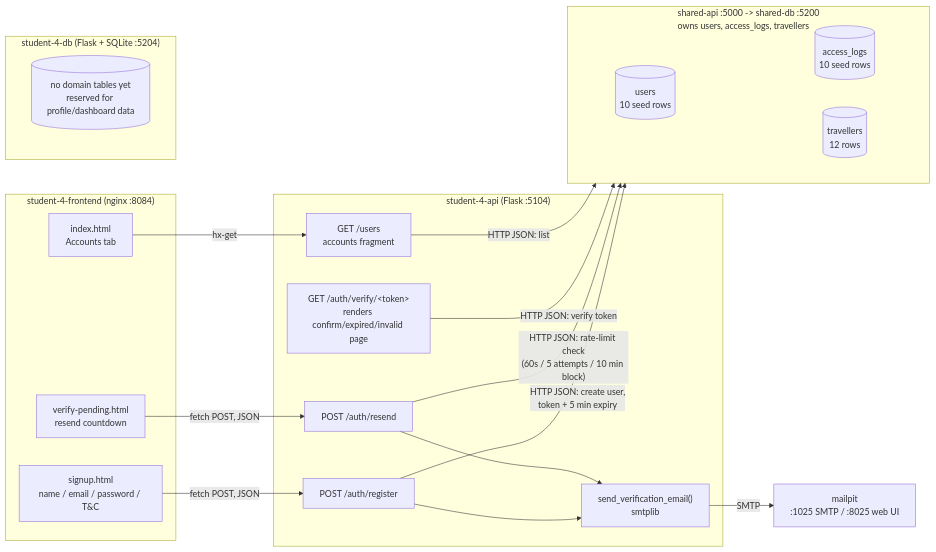
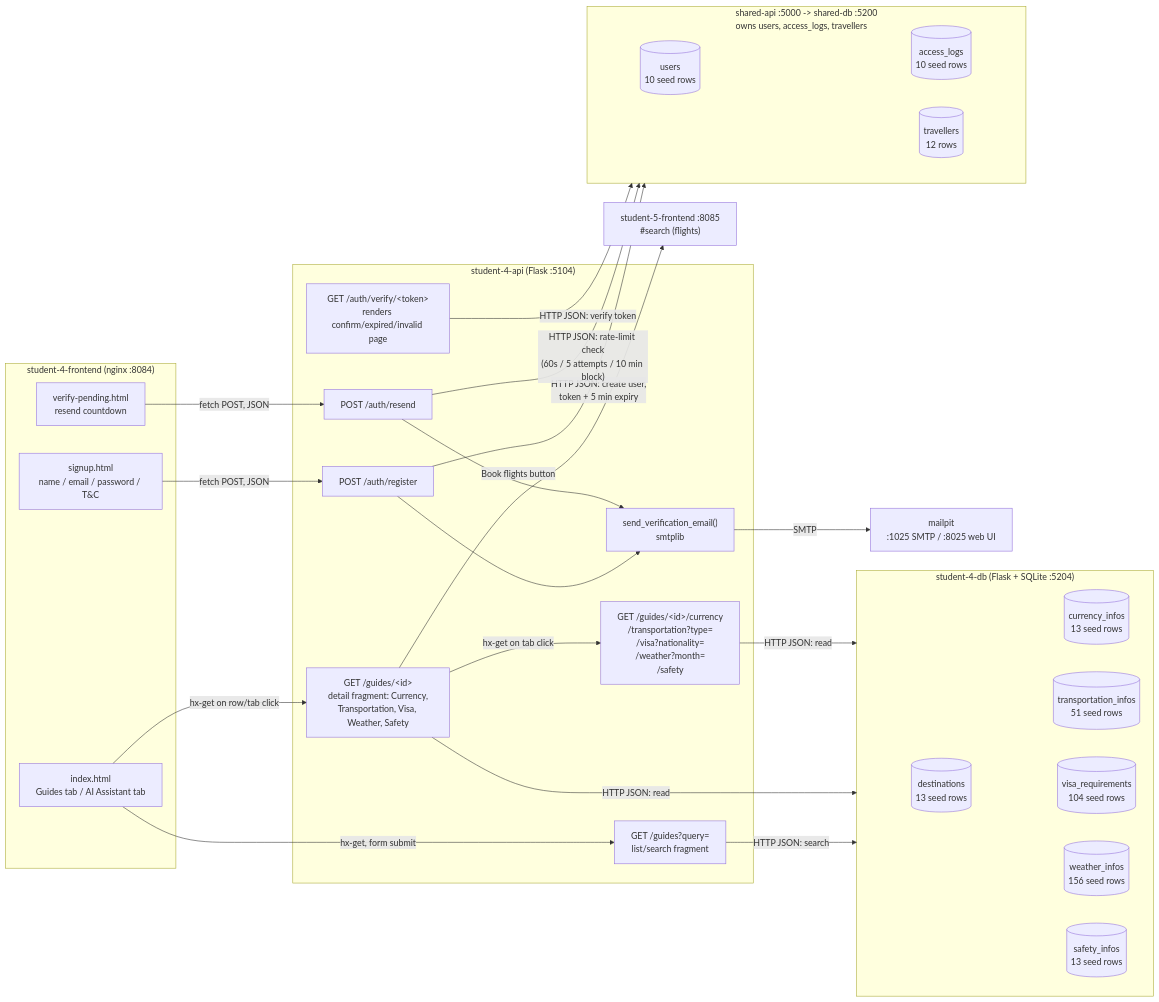
One commit to aurelia-sari/ads-assignment changed the diagram in docs/diagrams/student-4-architecture.mmd. Above: the diagram before and after it, drawn with Mermaid. The commit also changed 5 other files, not shown here.

First line of the commit message:
Update student-4 docs and diagrams with the Travel Guides feature

```diff
--- a/docs/diagrams/student-4-architecture.mmd
+++ b/docs/diagrams/student-4-architecture.mmd
@@ -1,44 +1,62 @@
 graph LR
     subgraph FE["student-4-frontend (nginx :8084)"]
         SIGNUP["signup.html<br/>name / email / password / T&amp;C"]
         VERIFY["verify-pending.html<br/>resend countdown"]
-        IDX["index.html<br/>Accounts tab"]
+        IDX["index.html<br/>Guides tab / AI Assistant tab"]
     end
 
     subgraph API["student-4-api (Flask :5104)"]
         REG["POST /auth/register"]
         RESEND["POST /auth/resend"]
         VER["GET /auth/verify/&lt;token&gt;<br/>renders confirm/expired/invalid page"]
-        USERS["GET /users<br/>accounts fragment"]
+        GUIDES["GET /guides?query=<br/>list/search fragment"]
+        DETAIL["GET /guides/&lt;id&gt;<br/>detail fragment: Currency,<br/>Transportation, Visa, Weather, Safety"]
+        SUBS["GET /guides/&lt;id&gt;/currency<br/>/transportation?type=<br/>/visa?nationality=<br/>/weather?month=<br/>/safety"]
         MAIL["send_verification_email()<br/>smtplib"]
     end
 
     subgraph DB4["student-4-db (Flask + SQLite :5204)"]
-        NONE[("no domain tables yet<br/>reserved for profile/dashboard data")]
+        DEST[("destinations<br/>13 seed rows")]
+        CUR[("currency_infos<br/>13 seed rows")]
+        TRA[("transportation_infos<br/>51 seed rows")]
+        VIS[("visa_requirements<br/>104 seed rows")]
+        WEA[("weather_infos<br/>156 seed rows")]
+        SAF[("safety_infos<br/>13 seed rows")]
     end
 
     subgraph SHARED["shared-api :5000 -> shared-db :5200<br/>owns users, access_logs, travellers"]
         USR[("users<br/>10 seed rows")]
         LOG[("access_logs<br/>10 seed rows")]
         TRV[("travellers<br/>12 rows")]
     end
 
     MP["mailpit<br/>:1025 SMTP / :8025 web UI"]
+    S5["student-5-frontend :8085<br/>#search (flights)"]
 
     SIGNUP -->|"fetch POST, JSON"| REG
     VERIFY -->|"fetch POST, JSON"| RESEND
-    IDX -->|"hx-get"| USERS
+    IDX -->|"hx-get, form submit"| GUIDES
+    IDX -->|"hx-get on row/tab click"| DETAIL
+    DETAIL -->|"hx-get on tab click"| SUBS
+    DETAIL -->|"Book flights button"| S5
 
     REG -->|"HTTP JSON: create user,<br/>token + 5 min expiry"| SHARED
     RESEND -->|"HTTP JSON: rate-limit check<br/>(60s / 5 attempts / 10 min block)"| SHARED
     VER -->|"HTTP JSON: verify token"| SHARED
-    USERS -->|"HTTP JSON: list"| SHARED
+    GUIDES -->|"HTTP JSON: search"| DB4
+    DETAIL -->|"HTTP JSON: read"| DB4
+    SUBS -->|"HTTP JSON: read"| DB4
 
     REG --> MAIL
     RESEND --> MAIL
     MAIL -->|"SMTP"| MP
 
     SHARED --- USR
     SHARED --- LOG
     SHARED --- TRV
-    DB4 --- NONE
+    DB4 --- DEST
+    DB4 --- CUR
+    DB4 --- TRA
+    DB4 --- VIS
+    DB4 --- WEA
+    DB4 --- SAF
```
